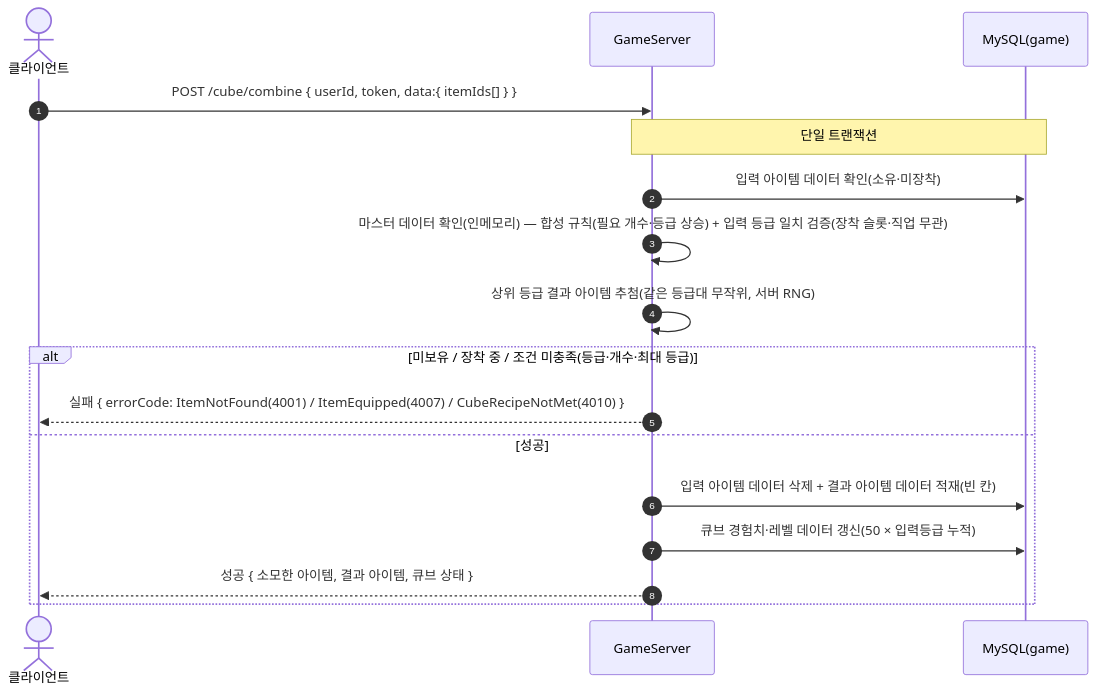
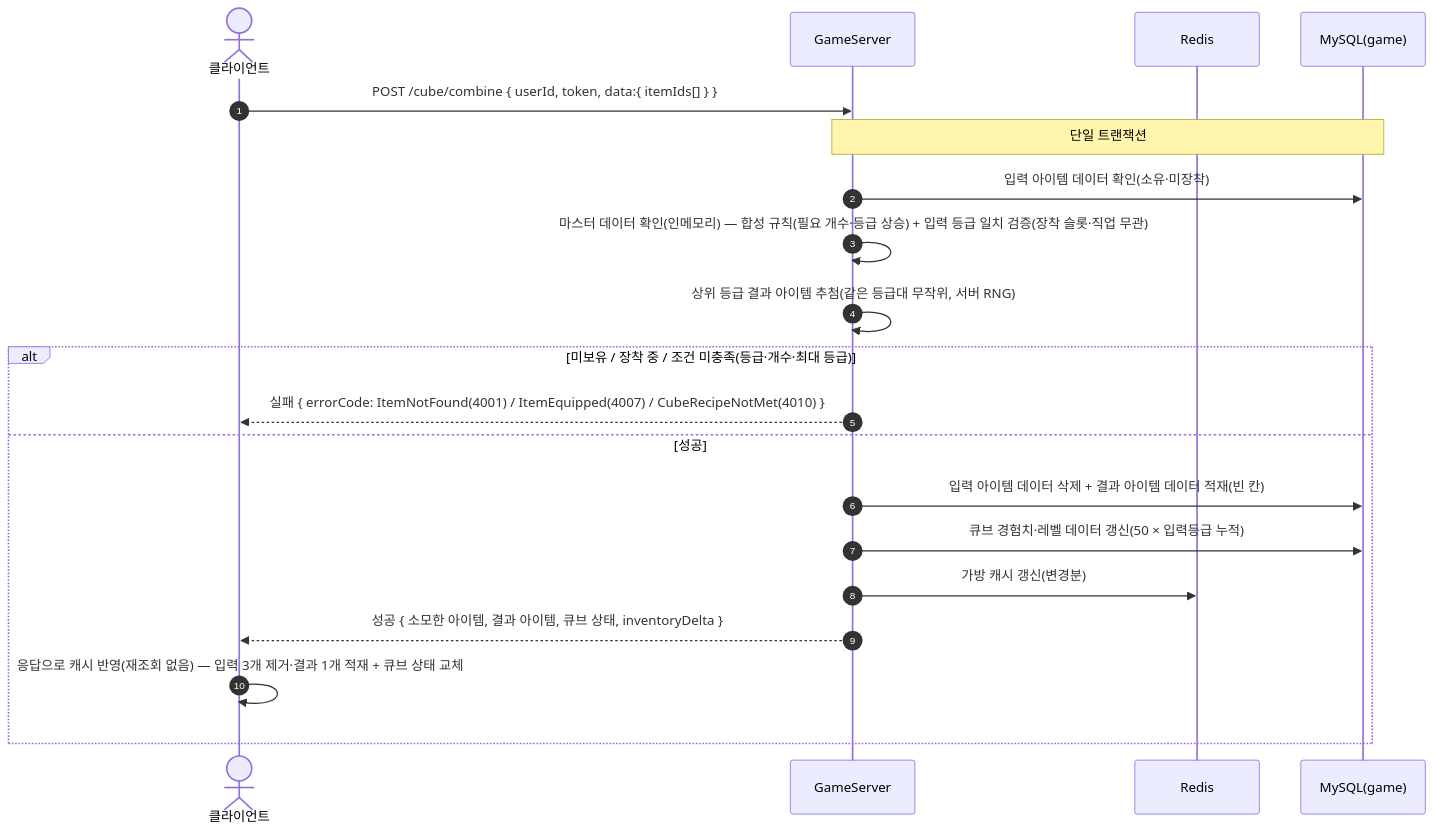
Before and after one commit to ks-wook/com2us-taskbar-hero: diagram 18 of 35 in SequenceDiagram/README.md, drawn with Mermaid. The commit also changed other lines of this file and 13 other files, not shown here.

````diff
--- a/SequenceDiagram/README.md
+++ b/SequenceDiagram/README.md
@@ -575,20 +606,23 @@
 ```mermaid
 sequenceDiagram
     autonumber
     actor C as 클라이언트
     participant S as GameServer
+    participant R as Redis
     participant DB as MySQL(game)
 
     C->>S: POST /cube/combine { userId, token, data:{ itemIds[] } }
     Note over S,DB: 단일 트랜잭션
     S->>DB: 입력 아이템 데이터 확인(소유·미장착)
     S->>S: 마스터 데이터 확인(인메모리) — 합성 규칙(필요 개수·등급 상승) + 입력 등급 일치 검증(장착 슬롯·직업 무관)
     S->>S: 상위 등급 결과 아이템 추첨(같은 등급대 무작위, 서버 RNG)
     alt 미보유 / 장착 중 / 조건 미충족(등급·개수·최대 등급)
         S-->>C: 실패 { errorCode: ItemNotFound(4001) / ItemEquipped(4007) / CubeRecipeNotMet(4010) }
     else 성공
         S->>DB: 입력 아이템 데이터 삭제 + 결과 아이템 데이터 적재(빈 칸)
         S->>DB: 큐브 경험치·레벨 데이터 갱신(50 × 입력등급 누적)
-        S-->>C: 성공 { 소모한 아이템, 결과 아이템, 큐브 상태 }
+        S->>R: 가방 캐시 갱신(변경분)
+        S-->>C: 성공 { 소모한 아이템, 결과 아이템, 큐브 상태, inventoryDelta }
+        C->>C: 응답으로 캐시 반영(재조회 없음) — 입력 3개 제거·결과 1개 적재 + 큐브 상태 교체
     end
 ```
````
